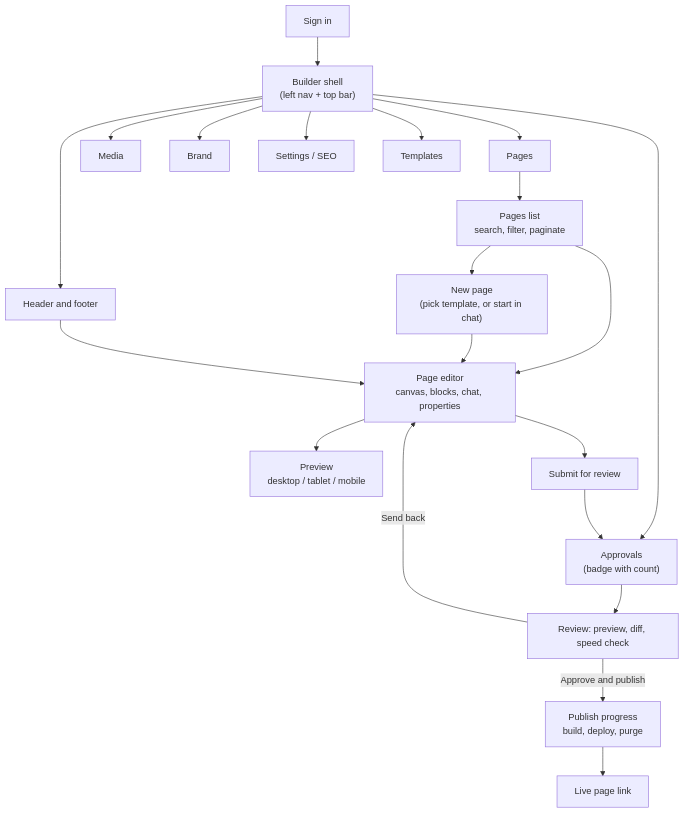
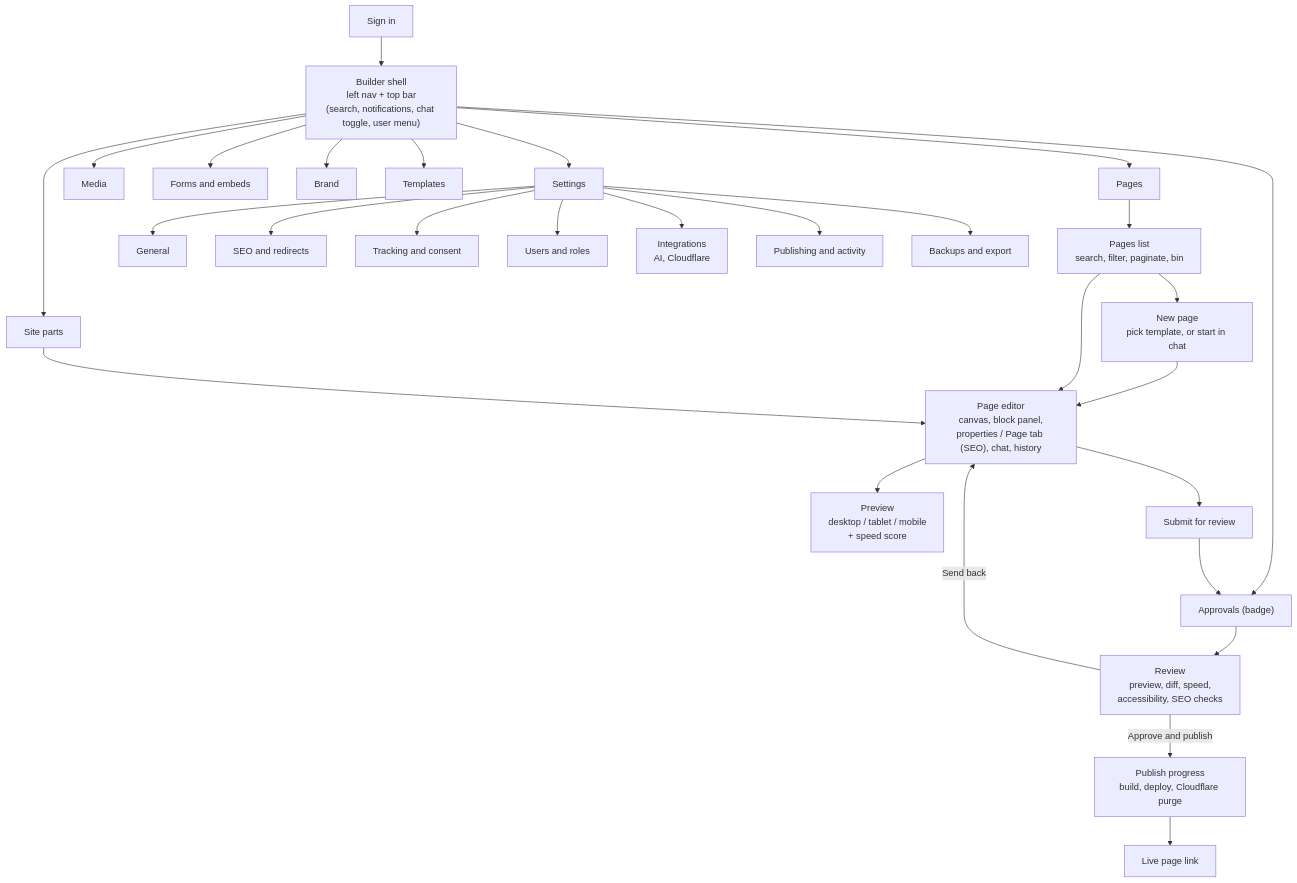
The first of 2 diagrams in docs/04-gui.md (unkn0wn1/sitebuilder), drawn with Mermaid before and after one commit. The commit also changed other lines of this file and 3 other files, not shown here.

````diff
--- a/docs/04-gui.md
+++ b/docs/04-gui.md
@@ -11,24 +11,33 @@
 ```mermaid
 flowchart TD
-  Login["Sign in"] --> Shell["Builder shell<br/>(left nav + top bar)"]
+  Login["Sign in"] --> Shell["Builder shell<br/>left nav + top bar<br/>(search, notifications, chat toggle, user menu)"]
   Shell --> Pages["Pages"]
-  Shell --> HF["Header and footer"]
+  Shell --> Parts["Site parts"]
   Shell --> Media["Media"]
+  Shell --> Forms["Forms and embeds"]
+  Shell --> Approvals["Approvals (badge)"]
   Shell --> Brand["Brand"]
-  Shell --> SEO["Settings / SEO"]
   Shell --> Templates["Templates"]
-  Shell --> Approvals["Approvals<br/>(badge with count)"]
+  Shell --> Settings["Settings"]
 
-  Pages --> List["Pages list<br/>search, filter, paginate"]
-  List --> Editor["Page editor<br/>canvas, blocks, chat, properties"]
-  List --> NewPage["New page<br/>(pick template, or start in chat)"]
-  NewPage --> Editor
-  HF --> Editor
-  Editor --> Preview["Preview<br/>desktop / tablet / mobile"]
+  Pages --> List["Pages list<br/>search, filter, paginate, bin"]
+  List --> NewPage["New page<br/>pick template, or start in chat"]
+  NewPage --> Editor["Page editor<br/>canvas, block panel,<br/>properties / Page tab (SEO), chat, history"]
+  List --> Editor
+  Parts --> Editor
+  Editor --> Preview["Preview<br/>desktop / tablet / mobile<br/>+ speed score"]
   Editor --> Submit["Submit for review"]
   Submit --> Approvals
-  Approvals --> Review["Review: preview, diff, speed check"]
-  Review -->|Approve and publish| Publish["Publish progress<br/>build, deploy, purge"]
+  Approvals --> Review["Review<br/>preview, diff, speed,<br/>accessibility, SEO checks"]
+  Review -->|Approve and publish| Publish["Publish progress<br/>build, deploy, Cloudflare purge"]
   Review -->|Send back| Editor
   Publish --> Live["Live page link"]
+
+  Settings --> SGeneral["General"]
+  Settings --> SSEO["SEO and redirects"]
+  Settings --> STracking["Tracking and consent"]
+  Settings --> SUsers["Users and roles"]
+  Settings --> SInteg["Integrations<br/>AI, Cloudflare"]
+  Settings --> SPub["Publishing and activity"]
+  Settings --> SBackups["Backups and export"]
 ```
````
